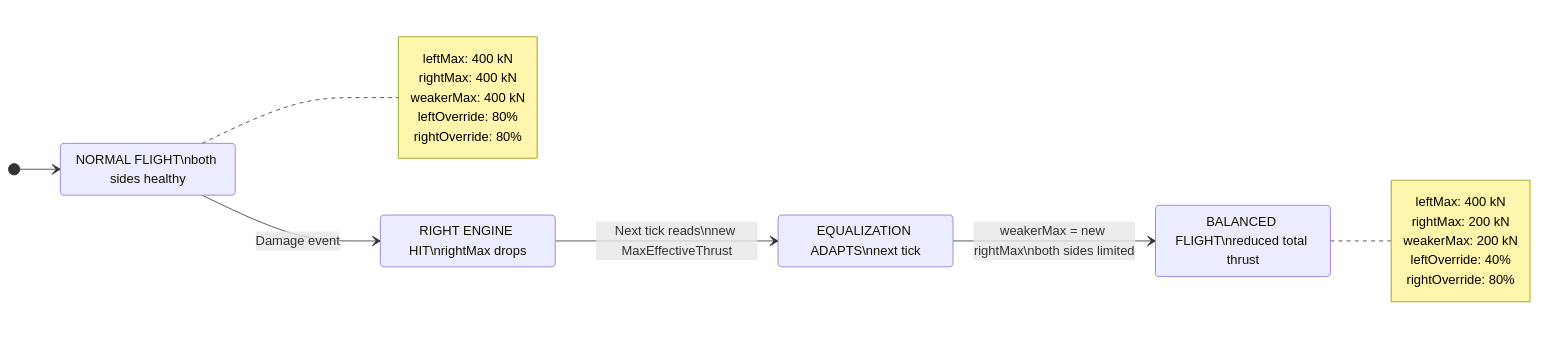
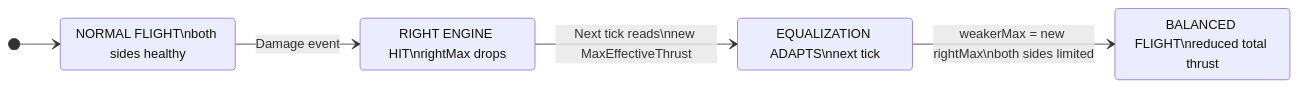
One commit to Terilia/JetOS changed the fourth of 5 diagrams in docs/engine-equalization.md. Above: the diagram before and after it, drawn with Mermaid. The commit also changed other lines of this file and 4 other files, not shown here.

````diff
--- a/docs/engine-equalization.md
+++ b/docs/engine-equalization.md
@@ -176,30 +176,15 @@
 ```mermaid
 stateDiagram-v2
     direction LR
 
     state "NORMAL FLIGHT\nboth sides healthy" as NORMAL
     state "RIGHT ENGINE HIT\nrightMax drops" as HIT
     state "EQUALIZATION ADAPTS\nnext tick" as ADAPT
     state "BALANCED FLIGHT\nreduced total thrust" as BALANCED
 
     [*] --> NORMAL
     NORMAL --> HIT : Damage event
     HIT --> ADAPT : Next tick reads\nnew MaxEffectiveThrust
     ADAPT --> BALANCED : weakerMax = new rightMax\nboth sides limited
 
-    note right of NORMAL
-        leftMax: 400 kN
-        rightMax: 400 kN
-        weakerMax: 400 kN
-        leftOverride: 80%
-        rightOverride: 80%
-    end note
-
-    note right of BALANCED
-        leftMax: 400 kN
-        rightMax: 200 kN
-        weakerMax: 200 kN
-        leftOverride: 40%
-        rightOverride: 80%
-    end note
 ```
````
